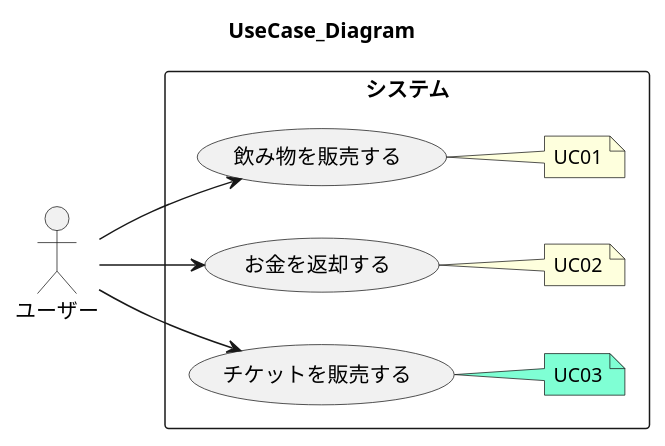
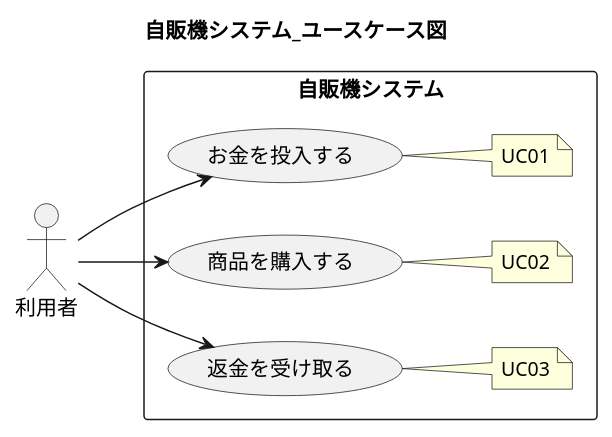
Before and after one commit to W-Nakayama-24/VendingMachine_CUI: the diagram in UseCase/UseCase_Diagram.puml, drawn with PlantUML.

Commit message:
rename title and usecase

```diff
--- a/UseCase/UseCase_Diagram.puml
+++ b/UseCase/UseCase_Diagram.puml
@@ -1,31 +1,32 @@
 @startuml
 
-title UseCase_Diagram
-:ユーザー: as user
+title 自販機システム_ユースケース図
+:利用者: as user
 
-rectangle システム {
+rectangle 自販機システム {
 
-    (飲み物を販売する) as (sellDrink)
-    (お金を返却する) as (returnCharge)
-    (チケットを販売する) as (sellTicket)
+    (お金を投入する) as (insertMoney)
+    (商品を購入する) as (buyProduct)
+    (返金を受け取る) as (receiveChange)
 
     left to right direction
-    user --> sellDrink
-    user --> returnCharge
-    user --> sellTicket
+    user --> insertMoney
+    user --> buyProduct
+    user --> receiveChange
 
 
-    note right of sellDrink
+    note right of insertMoney
     UC01
     end note
 
-    note right of returnCharge
+    note right of buyProduct
     UC02
     end note
 
-    note right of sellTicket #Aquamarine
+    
+    note right of receiveChange
     UC03
     end note
 
 }
 @enduml
```
